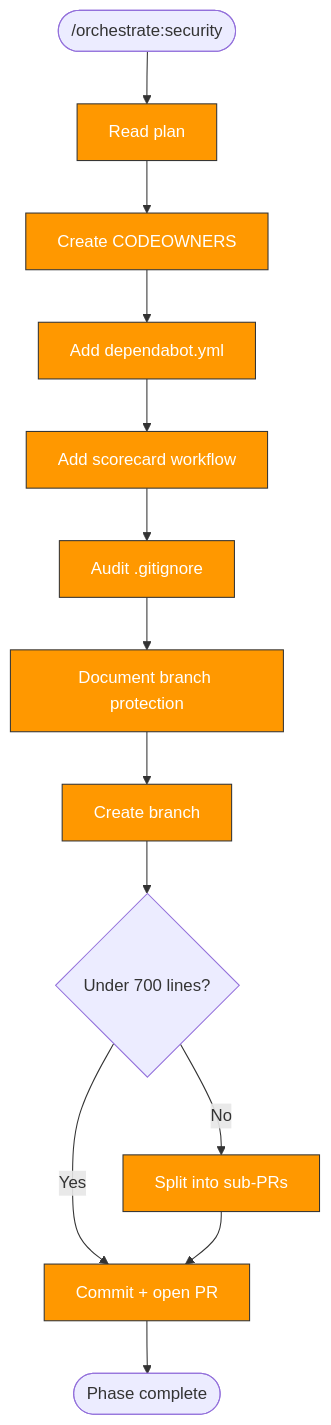
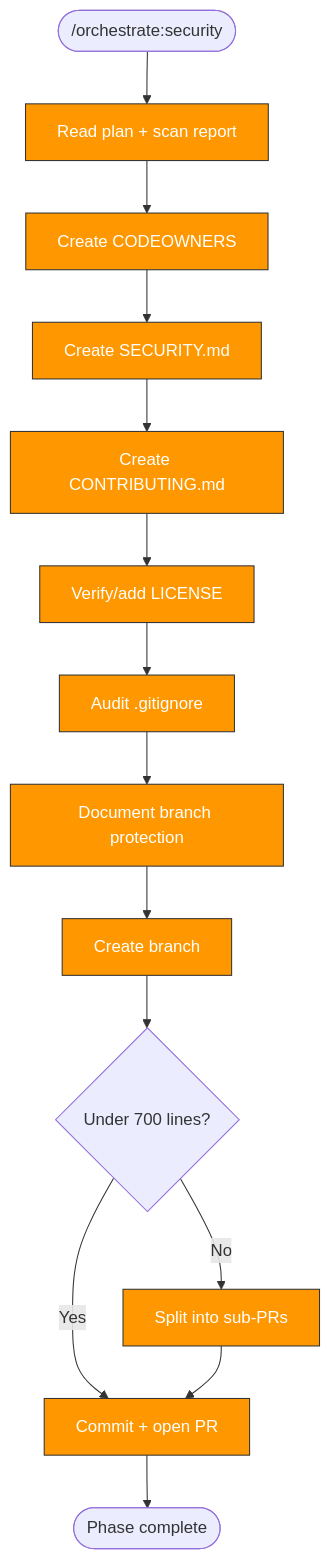
The diagram in .claude/skills/orchestrate:security/SKILL.md (pdettori/kagenti), drawn with Mermaid before and after one commit. The commit also changed other lines of this file and 5 other files, not shown here.

````diff
--- a/.claude/skills/orchestrate:security/SKILL.md
+++ b/.claude/skills/orchestrate:security/SKILL.md
@@ -6,17 +6,18 @@
 ```mermaid
 flowchart TD
-    START(["/orchestrate:security"]) --> READ["Read plan"]:::orch
+    START(["/orchestrate:security"]) --> READ["Read plan + scan report"]:::orch
     READ --> CODEOWNERS["Create CODEOWNERS"]:::orch
-    CODEOWNERS --> DEPENDABOT["Add dependabot.yml"]:::orch
-    DEPENDABOT --> SCORECARD["Add scorecard workflow"]:::orch
-    SCORECARD --> GITIGNORE["Audit .gitignore"]:::orch
+    CODEOWNERS --> SECURITY_MD["Create SECURITY.md"]:::orch
+    SECURITY_MD --> CONTRIBUTING["Create CONTRIBUTING.md"]:::orch
+    CONTRIBUTING --> LICENSE["Verify/add LICENSE"]:::orch
+    LICENSE --> GITIGNORE["Audit .gitignore"]:::orch
     GITIGNORE --> BRANCH_PROT["Document branch protection"]:::orch
     BRANCH_PROT --> BRANCH["Create branch"]:::orch
     BRANCH --> SIZE{Under 700 lines?}
     SIZE -->|Yes| PR["Commit + open PR"]:::orch
     SIZE -->|No| SPLIT["Split into sub-PRs"]:::orch
     SPLIT --> PR
     PR --> DONE([Phase complete])
 
     classDef orch fill:#FF9800,stroke:#333,color:white
 ```
````
